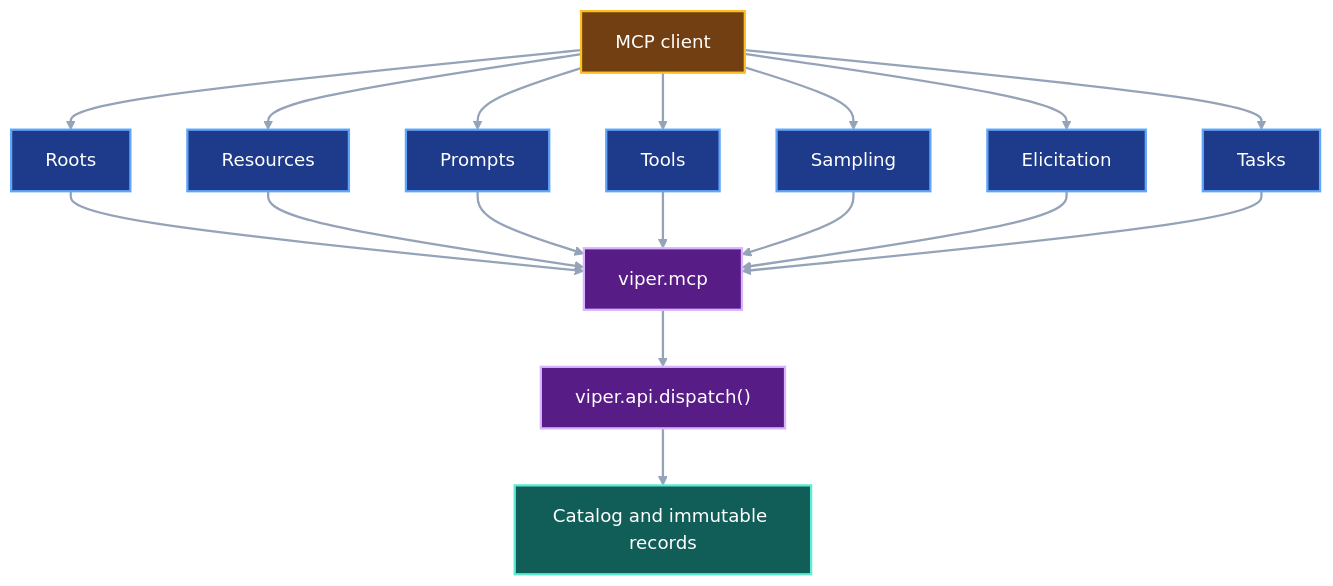
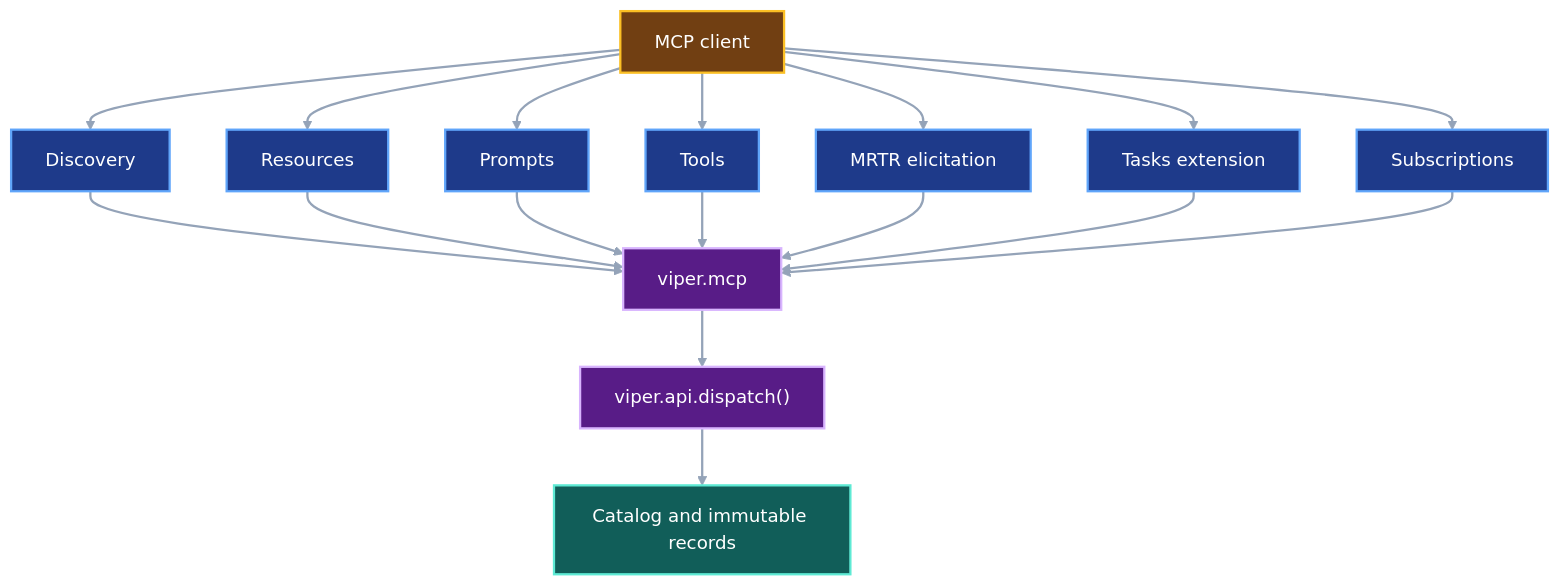
The third of 3 diagrams in docs/development/research-memory-roadmap.md (pvd232/viper), drawn with Mermaid before and after one commit. The commit also changed other lines of this file and 6 other files, not shown here.

````diff
--- a/docs/development/research-memory-roadmap.md
+++ b/docs/development/research-memory-roadmap.md
@@ -787,29 +787,29 @@
 ```mermaid
 flowchart TB
-    Client["MCP client"] --> Roots["Roots"]
+    Client["MCP client"] --> Discover["Discovery"]
     Client --> Resources["Resources"]
     Client --> Prompts["Prompts"]
     Client --> Tools["Tools"]
-    Client --> Sampling["Sampling"]
-    Client --> Elicitation["Elicitation"]
-    Client --> Tasks["Tasks"]
-    Roots --> Server["viper.mcp"]
+    Client --> Elicitation["MRTR elicitation"]
+    Client --> Tasks["Tasks extension"]
+    Client --> Subscriptions["Subscriptions"]
+    Discover --> Server["viper.mcp"]
     Resources --> Server
     Prompts --> Server
     Tools --> Server
-    Sampling --> Server
     Elicitation --> Server
     Tasks --> Server
+    Subscriptions --> Server
     Server --> API["viper.api.dispatch()"]
     API --> Catalog["Catalog and immutable records"]
 
     class Client input
-    class Roots,Resources,Prompts,Tools,Sampling,Elicitation,Tasks contract
+    class Discover,Resources,Prompts,Tools,Elicitation,Tasks,Subscriptions contract
     class Server,API implementation
     class Catalog evidence
     classDef input fill:#713f12,stroke:#fbbf24,color:#ffffff,stroke-width:2px
     classDef contract fill:#1e3a8a,stroke:#60a5fa,color:#ffffff,stroke-width:2px
     classDef implementation fill:#581c87,stroke:#d8b4fe,color:#ffffff,stroke-width:2px
     classDef evidence fill:#115e59,stroke:#5eead4,color:#ffffff,stroke-width:2px
     linkStyle default stroke:#94a3b8,stroke-width:2px
 ```
````
